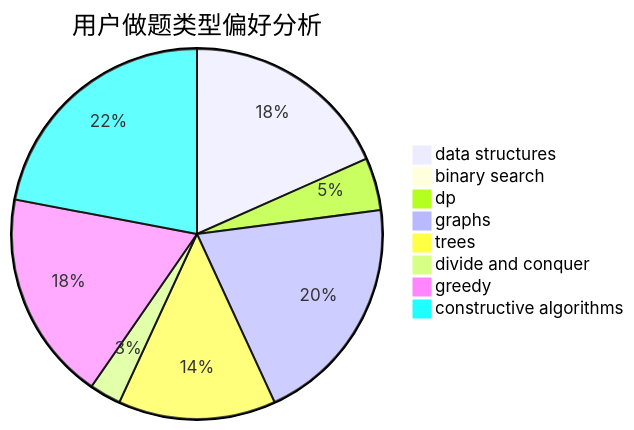
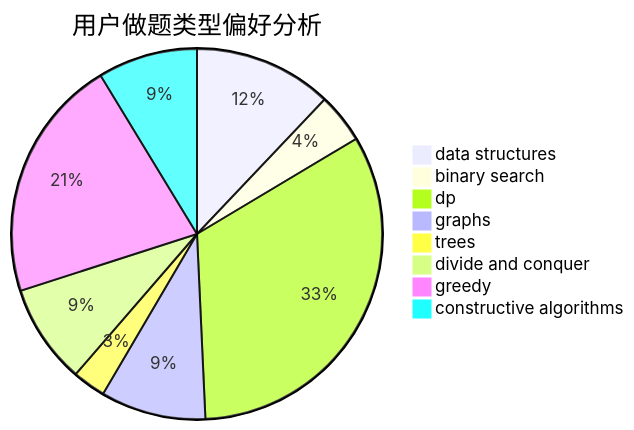
The second of 3 diagrams in docs/user/u2566.md (sherpahu/cfrs.github.io), drawn with Mermaid before and after one commit. The commit also changed other lines of this file and 2770 other files, not shown here.

````diff
--- a/docs/user/u2566.md
+++ b/docs/user/u2566.md
@@ -23,11 +23,11 @@
 ```mermaid
 pie title 用户做题类型偏好分析
-    "data structures" :  20
-    "binary search" :  1
-    "dp" :  5
-    "graphs" :  22
-    "trees" :  15
-    "divide and conquer" :  3
-    "greedy" :  20
-    "constructive algorithms" :  24
+    "data structures" :  25
+    "binary search" :  9
+    "dp" :  68
+    "graphs" :  19
+    "trees" :  6
+    "divide and conquer" :  18
+    "greedy" :  44
+    "constructive algorithms" :  18
 ```
````
